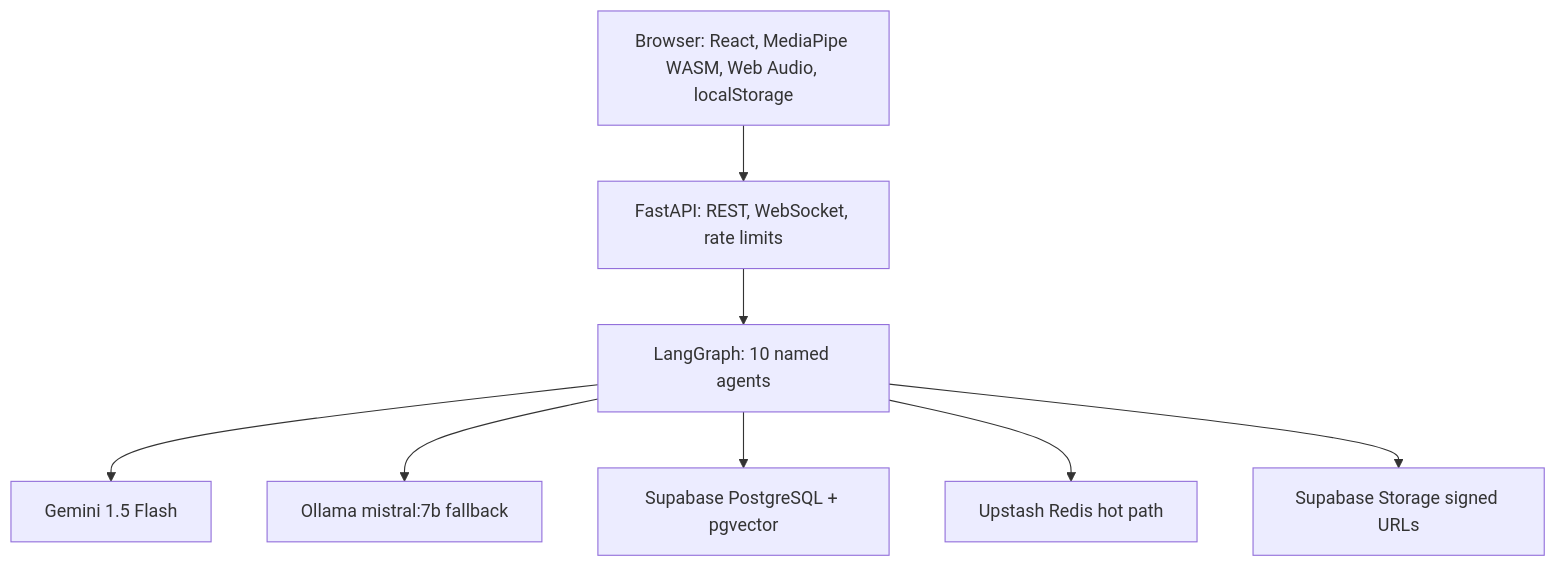
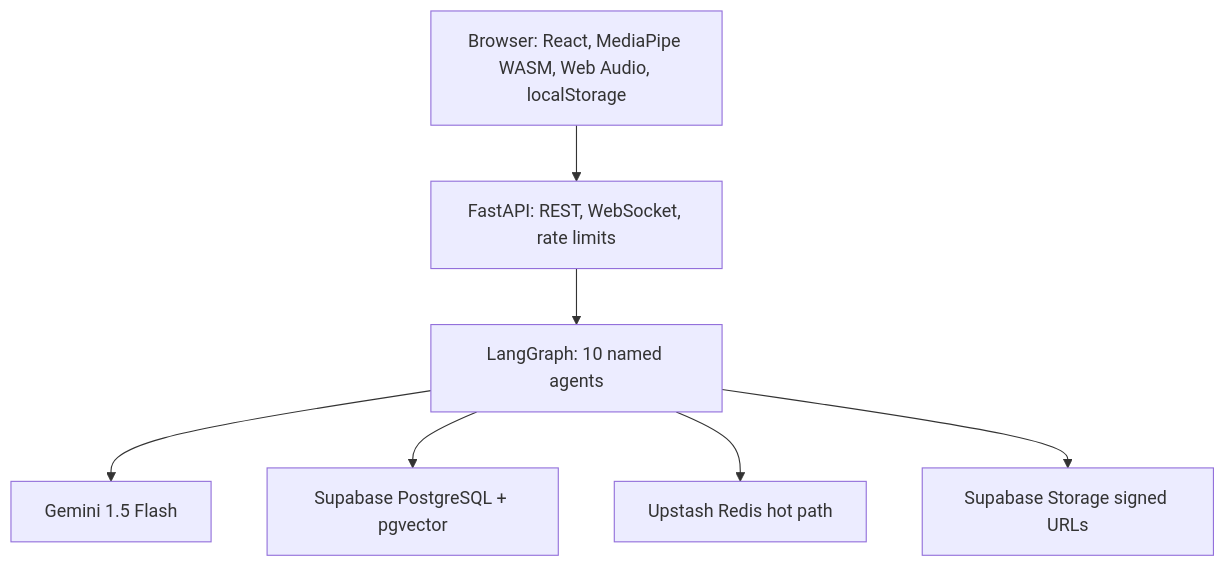
Before and after one commit to Krishnadeepsinh/ExamGuard: the diagram in docs/architecture.md, drawn with Mermaid. The commit also changed 40 other files, not shown here.

````diff
--- a/docs/architecture.md
+++ b/docs/architecture.md
@@ -3,19 +3,17 @@
 ```mermaid
 flowchart TD
   Browser["Browser: React, MediaPipe WASM, Web Audio, localStorage"]
   API["FastAPI: REST, WebSocket, rate limits"]
   Graph["LangGraph: 10 named agents"]
   Gemini["Gemini 1.5 Flash"]
-  Ollama["Ollama mistral:7b fallback"]
   DB["Supabase PostgreSQL + pgvector"]
   Redis["Upstash Redis hot path"]
   Storage["Supabase Storage signed URLs"]
 
   Browser --> API
   API --> Graph
   Graph --> Gemini
-  Graph --> Ollama
   Graph --> DB
   Graph --> Redis
   Graph --> Storage
 ```
````
